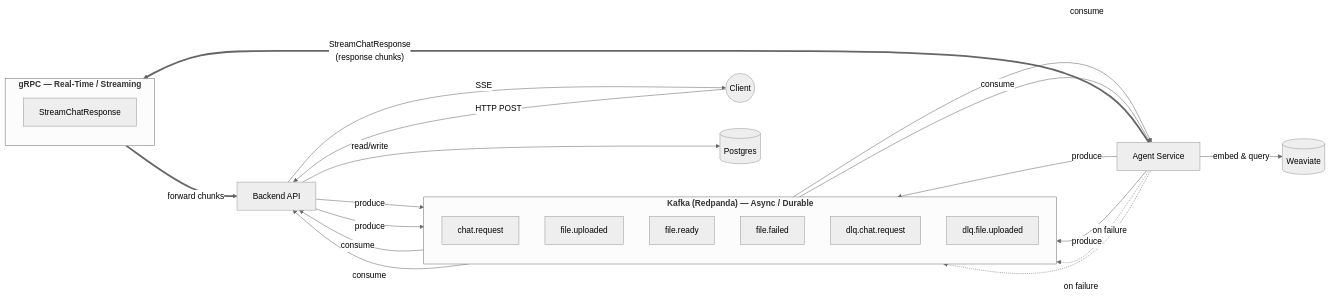
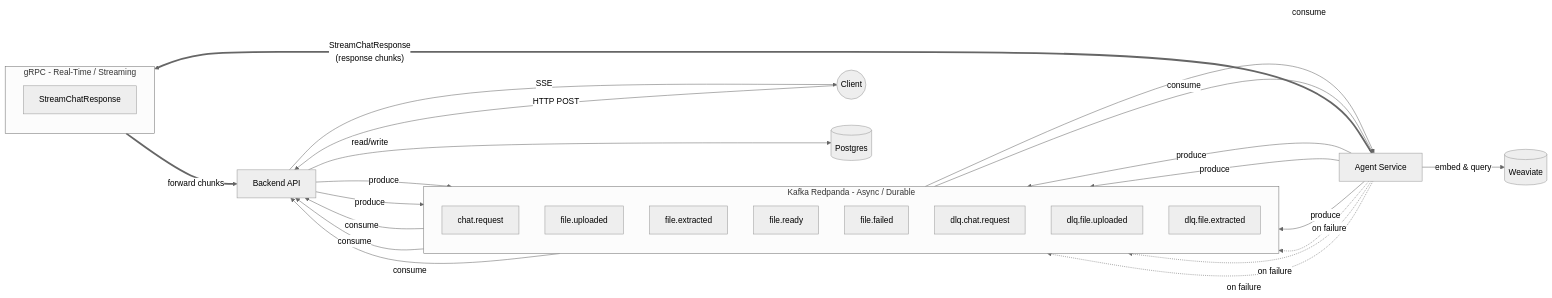
One commit to JackTran15/files-assistant-system changed the sixth of 6 diagrams in docs/scenarios.md. Above: the diagram before and after it, drawn with Mermaid (neutral theme). The commit also changed other lines of this file and 19 other files, not shown here.

````diff
--- a/docs/scenarios.md
+++ b/docs/scenarios.md
@@ -293,44 +301,49 @@
 ```mermaid
 graph LR
-    subgraph Kafka_Async["<b>Kafka (Redpanda) — Async / Durable</b>"]
+    subgraph Kafka_Async["Kafka Redpanda - Async / Durable"]
         direction TB
         T1["chat.request"]
         T2["file.uploaded"]
-        T3["file.ready"]
-        T4["file.failed"]
-        T5["dlq.chat.request"]
-        T6["dlq.file.uploaded"]
+        T3["file.extracted"]
+        T4["file.ready"]
+        T5["file.failed"]
+        T6["dlq.chat.request"]
+        T7["dlq.file.uploaded"]
+        T8["dlq.file.extracted"]
     end
 
-    subgraph gRPC_RT["<b>gRPC — Real-Time / Streaming</b>"]
+    subgraph gRPC_RT["gRPC - Real-Time / Streaming"]
         direction TB
         G1["StreamChatResponse"]
     end
 
     Client((Client))
-    Backend[Backend API]
-    Agents[Agent Service]
-    Weaviate[(Weaviate)]
-    Postgres[(Postgres)]
+    Backend["Backend API"]
+    Agents["Agent Service"]
+    Weaviate[("Weaviate")]
+    Postgres[("Postgres")]
 
     Client -->|"HTTP POST"| Backend
     Backend -->|"produce"| T1
     Backend -->|"produce"| T2
     T1 -->|"consume"| Agents
     T2 -->|"consume"| Agents
 
     Agents -->|"produce"| T3
     Agents -->|"produce"| T4
+    Agents -->|"produce"| T5
     T3 -->|"consume"| Backend
     T4 -->|"consume"| Backend
+    T5 -->|"consume"| Backend
 
-    Agents -.->|"on failure"| T5
     Agents -.->|"on failure"| T6
+    Agents -.->|"on failure"| T7
+    Agents -.->|"on failure"| T8
 
     Agents ==>|"StreamChatResponse<br/>(response chunks)"| G1
     G1 ==>|"forward chunks"| Backend
     Backend -->|"SSE"| Client
 
     Agents -->|"embed & query"| Weaviate
     Backend -->|"read/write"| Postgres
 ```
````
